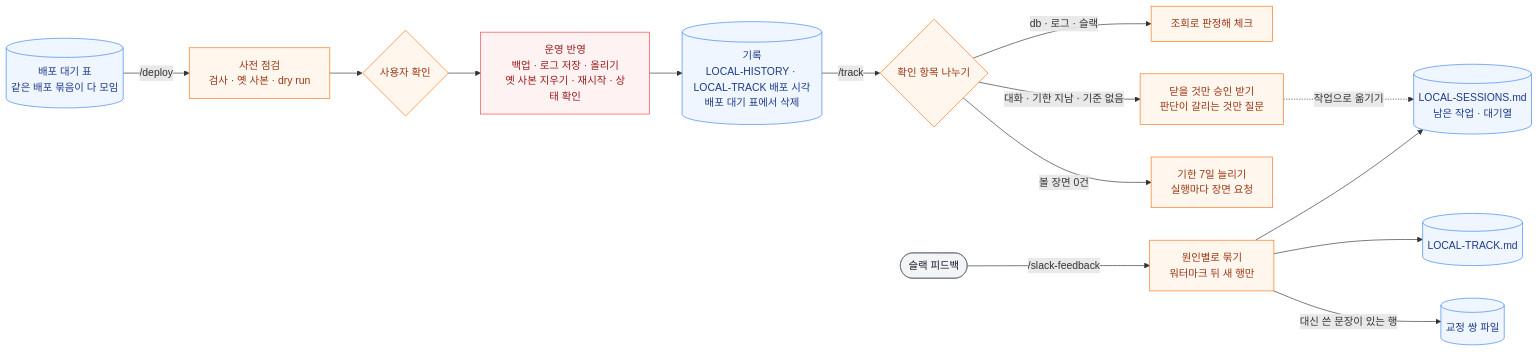
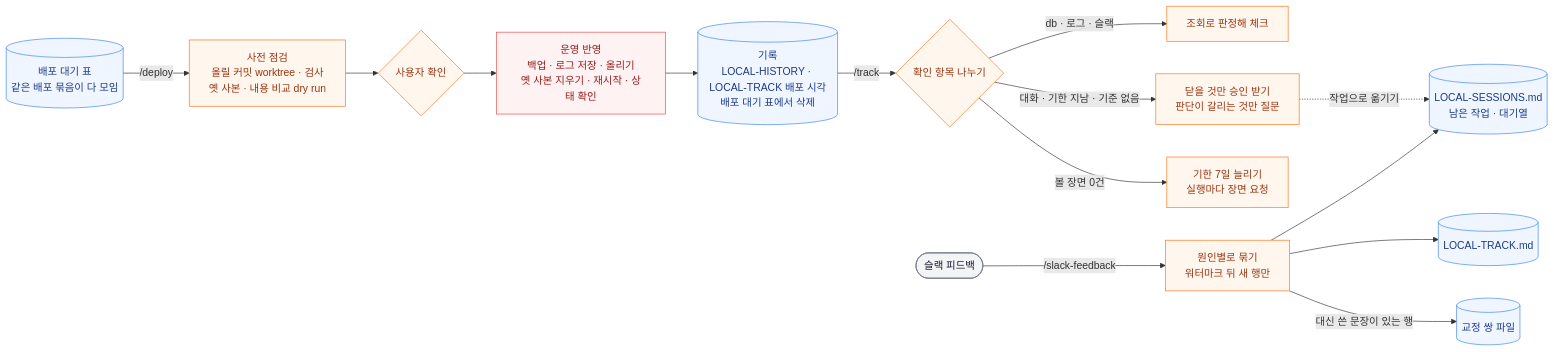
Before and after one commit to hyewon3938/build-with-ai: the fifth of 6 diagrams in workflow/skills-overview.md, drawn with Mermaid. The commit also changed other lines of this file and 2 other files, not shown here.

Commit message:
feat(deploy): 올릴 커밋을 분리된 worktree로 체크아웃해 거기서 올린다
- 1단계에서 pull 뒤 올릴 커밋을 해시로 정하고, 이후 git 명령은 HEAD 대신 그 해시를 쓴다
- 3단계를 시작할 때 git worktree add --detach로 배포용 worktree를 만들고, dry run·올리기·해시 대조는 그 폴더에서 한다
- 제외 목록처럼 커밋하지 않는 파일과 LOCAL 파일은 메인 체크아웃의 절대 경로로 준다
- 새 worktree는 수정 시각이 모두 새것이라 dry run을 rsync -c -i 내용 비교로 하고, 첫 글자가 < 나 > 인 줄만 올라갈 파일로 센다
- 배포를 마치거나 멈추거나 올릴 커밋을 바꾸면 worktree를 지운다
- 배포 기록 형식과 스킬 개요 글을 같은 내용으로 맞춘다

````diff
--- a/workflow/skills-overview.md
+++ b/workflow/skills-overview.md
@@ -162,26 +162,26 @@
 ```mermaid
 graph LR
-    DW[("배포 대기 표<br/>같은 배포 묶음이 다 모임")] -->|/deploy| PRE["사전 점검<br/>검사 · 옛 사본 · dry run"]
+    DW[("배포 대기 표<br/>같은 배포 묶음이 다 모임")] -->|/deploy| PRE["사전 점검<br/>올릴 커밋 worktree · 검사<br/>옛 사본 · 내용 비교 dry run"]
     PRE --> OK{"사용자 확인"}
     OK --> RUN["운영 반영<br/>백업 · 로그 저장 · 올리기<br/>옛 사본 지우기 · 재시작 · 상태 확인"]
     RUN --> REC[("기록<br/>LOCAL-HISTORY · LOCAL-TRACK 배포 시각<br/>배포 대기 표에서 삭제")]
     REC -->|/track| TR{"확인 항목 나누기"}
     TR -->|db · 로그 · 슬랙| AUTO["조회로 판정해 체크"]
     TR -->|대화 · 기한 지남 · 기준 없음| ASK["닫을 것만 승인 받기<br/>판단이 갈리는 것만 질문"]
     ASK -.작업으로 옮기기.-> QU[("LOCAL-SESSIONS.md<br/>남은 작업 · 대기열")]
     TR -->|볼 장면 0건| SCENE["기한 7일 늘리기<br/>실행마다 장면 요청"]
     SL(["슬랙 피드백"]) -->|/slack-feedback| FB["원인별로 묶기<br/>워터마크 뒤 새 행만"]
     FB --> QU
     FB --> TK[("LOCAL-TRACK.md")]
     FB -->|대신 쓴 문장이 있는 행| CP[("교정 쌍 파일")]
 
     classDef io fill:#f3f4f6,stroke:#6b7280,color:#111827
     classDef judge fill:#fff7ed,stroke:#f97316,color:#9a3412
     classDef local fill:#eff6ff,stroke:#3b82f6,color:#1e3a8a
     classDef external fill:#fef2f2,stroke:#ef4444,color:#991b1b
 
     class SL io
     class PRE,OK,TR,AUTO,ASK,SCENE,FB judge
     class DW,REC,QU,TK,CP local
     class RUN external
 ```
````
